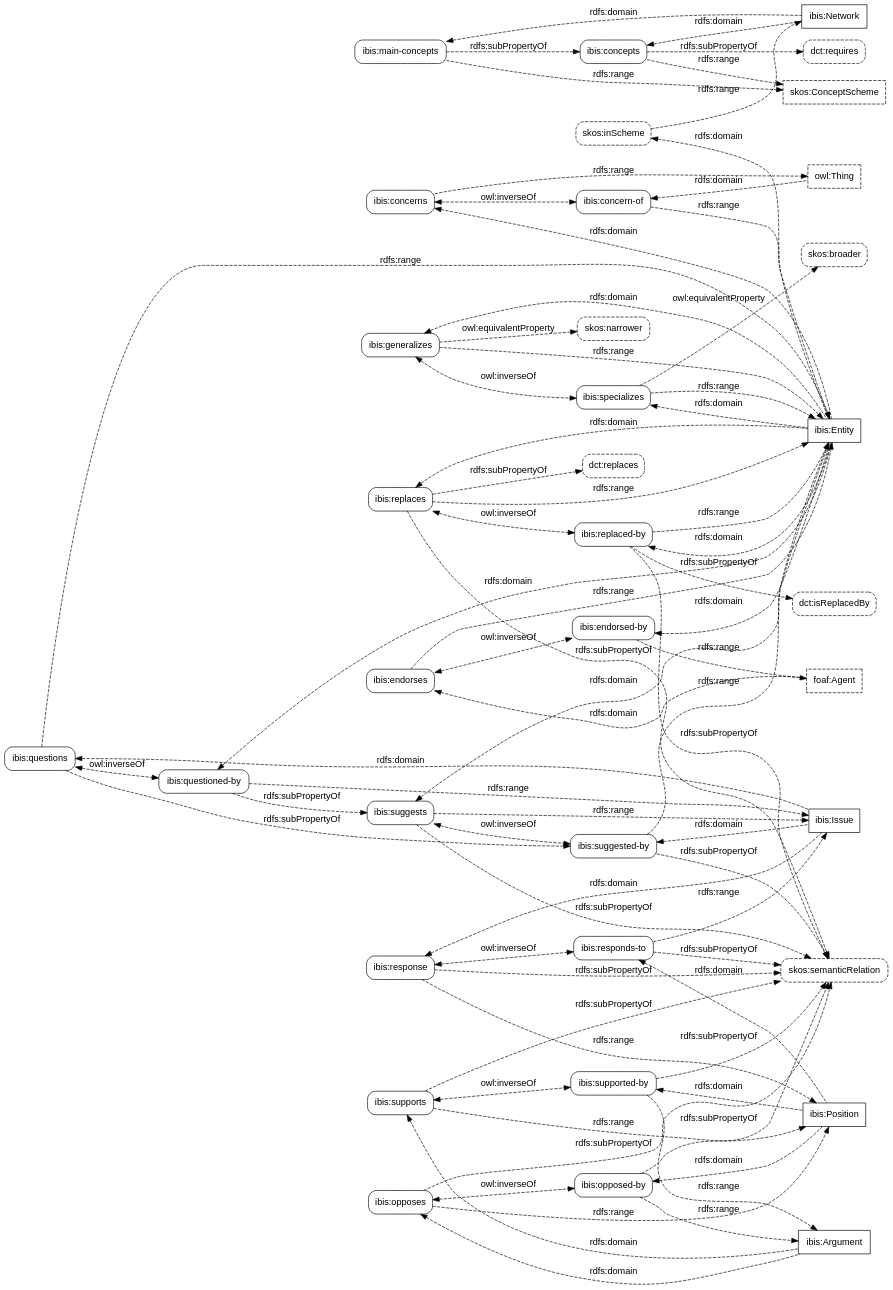
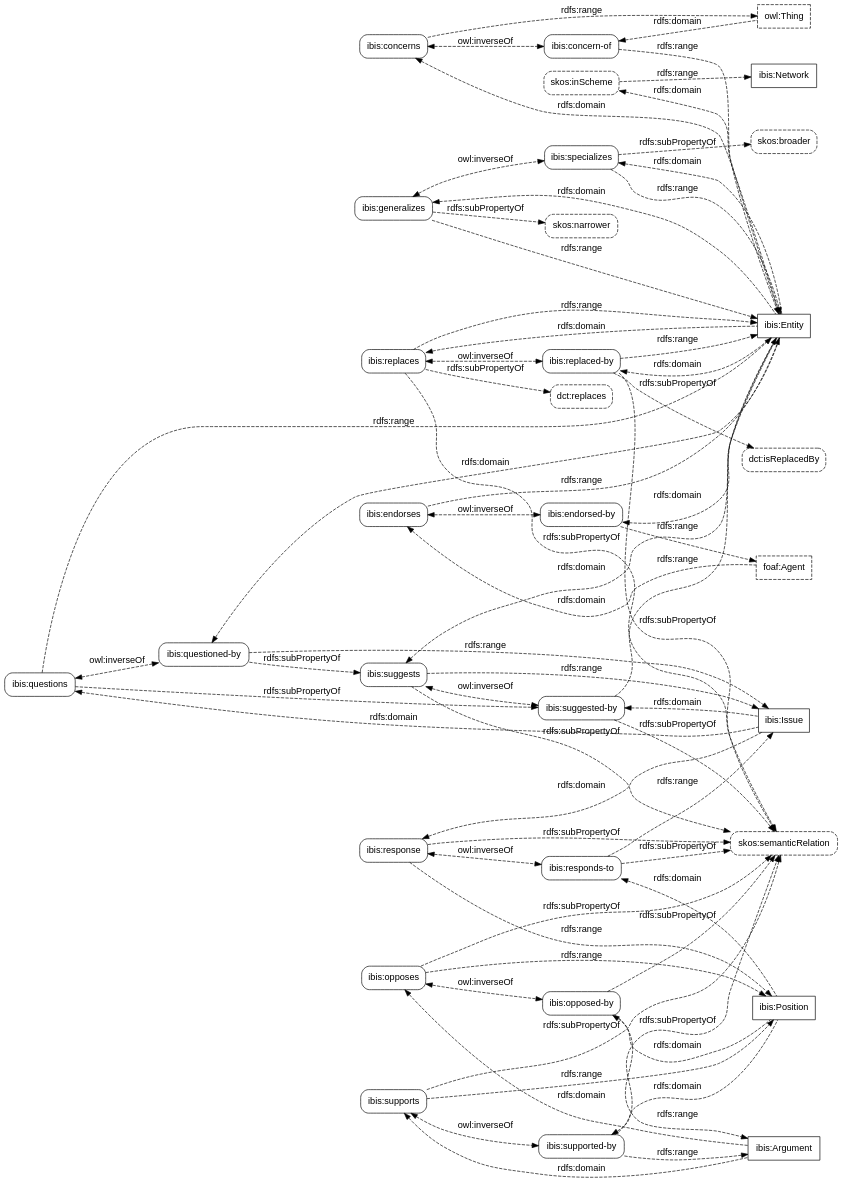
The diagram in ibis-properties.dot (doriantaylor/owl-ibis), drawn with Graphviz before and after one commit. The commit also changed 3 other files, not shown here.

```diff
--- a/ibis-properties.dot
+++ b/ibis-properties.dot
@@ -1,153 +1,156 @@
 digraph {
     graph [bgcolor=transparent,rankdir=LR];
     node [shape=box,style=rounded,color="#000000",fontcolor="#000000",fontname="Lucida Grande, Lucida Sans Unicode, sans-serif",target="_parent"];
     edge [concentrate=true,color="#000000",fontcolor="#000000",fontname="Lucida Grande, Lucida Sans Unicode, sans-serif"];
 
     // third-party classes
 
     subgraph {
         node [shape=box, style=dashed];
         owl_Thing [label="owl:Thing", href="https://www.w3.org/TR/owl2-syntax/#a_Thing"];
         foaf_Agent [label="foaf:Agent", href="https://xmlns.com/foaf/spec/#term_Agent"];
         // skos_Concept [label="skos:Concept", href=""];
-        skos_ConceptScheme [label="skos:ConceptScheme", href="https://www.w3.org/2009/08/skos-reference/skos.html#ConceptScheme"];
+        // skos_ConceptScheme [label="skos:ConceptScheme", href="https://www.w3.org/2009/08/skos-reference/skos.html#ConceptScheme"];
     }
 
     // our classes
 
     subgraph {
         node [shape=box, style=""];
         ibis_Network  [label="ibis:Network",  href="https://vocab.methodandstructure.com/ibis#Network"];
         ibis_Entity   [label="ibis:Entity",   href="https://vocab.methodandstructure.com/ibis#Entity"];
         ibis_Issue    [label="ibis:Issue",    href="https://vocab.methodandstructure.com/ibis#Issue"];
         ibis_Position [label="ibis:Position", href="https://vocab.methodandstructure.com/ibis#Position"];
         ibis_Argument [label="ibis:Argument", href="https://vocab.methodandstructure.com/ibis#Argument"];
     }
 
     // our datatypes
     subgraph {
         node [shape=note];
     }
 
     // third-party properties
 
     subgraph {
         node [style="dashed,rounded"];
-        dct_requires     [label="dct:requires", href="https://www.dublincore.org/specifications/dublin-core/dcmi-terms/#http://purl.org/dc/terms/requires"];
+        // dct_requires     [label="dct:requires", href="https://www.dublincore.org/specifications/dublin-core/dcmi-terms/#http://purl.org/dc/terms/requires"];
         dct_replaces     [label="dct:replaces", href="https://www.dublincore.org/specifications/dublin-core/dcmi-terms/#http://purl.org/dc/terms/replaces"];
         dct_isReplacedBy [label="dct:isReplacedBy", href="https://www.dublincore.org/specifications/dublin-core/dcmi-terms/#http://purl.org/dc/terms/isReplacedBy"];
         skos_broader     [label="skos:broader", href="https://www.w3.org/2009/08/skos-reference/skos.html#broader"];
         skos_narrower    [label="skos:narrower", href="https://www.w3.org/2009/08/skos-reference/skos.html#narrower"];
         skos_semanticRelation [label="skos:semanticRelation", href="https://www.w3.org/2009/08/skos-reference/skos.html#semanticRelation"];
         skos_inScheme [label="skos:inScheme", href="https://www.w3.org/2009/08/skos-reference/skos.html#inScheme"];
     }
 
     // our properties
 
     ibis_generalizes [label="ibis:generalizes", href="https://vocab.methodandstructure.com/ibis#generalizes"];
     ibis_specializes [label="ibis:specializes", href="https://vocab.methodandstructure.com/ibis#specializes"];
     ibis_replaces [label="ibis:replaces", href="https://vocab.methodandstructure.com/ibis#replaces"];
     ibis_replaced_by [label="ibis:replaced-by", href="https://vocab.methodandstructure.com/ibis#replaced-by"];
     ibis_suggests [label="ibis:suggests", href="https://vocab.methodandstructure.com/ibis#suggests"];
     ibis_suggested_by [label="ibis:suggested-by", href="https://vocab.methodandstructure.com/ibis#suggested-by"];
     ibis_questions [label="ibis:questions", href="https://vocab.methodandstructure.com/ibis#questions"];
     ibis_questioned_by [label="ibis:questioned-by", href="https://vocab.methodandstructure.com/ibis#questioned-by"];
     ibis_response [label="ibis:response", href="https://vocab.methodandstructure.com/ibis#response"];
     ibis_responds_to [label="ibis:responds-to", href="https://vocab.methodandstructure.com/ibis#responds-to"];
     ibis_supports [label="ibis:supports", href="https://vocab.methodandstructure.com/ibis#supports"];
     ibis_supported_by [label="ibis:supported-by", href="https://vocab.methodandstructure.com/ibis#supported-by"];
     ibis_opposes [label="ibis:opposes", href="https://vocab.methodandstructure.com/ibis#opposes"];
     ibis_opposed_by [label="ibis:opposed-by", href="https://vocab.methodandstructure.com/ibis#opposed-by"];
     ibis_endorses [label="ibis:endorses", href="https://vocab.methodandstructure.com/ibis#endorses"];
     ibis_endorsed_by [label="ibis:endorsed-by", href="https://vocab.methodandstructure.com/ibis#endorsed-by"];
     ibis_concerns [label="ibis:concerns", href="https://vocab.methodandstructure.com/ibis#concerns"];
     ibis_concern_of [label="ibis:concern-of", href="https://vocab.methodandstructure.com/ibis#concern-of"];
-    ibis_concepts [label="ibis:concepts", href="https://vocab.methodandstructure.com/ibis#concepts"];
-    ibis_main_concepts [label="ibis:main-concepts", href="https://vocab.methodandstructure.com/ibis#main-concepts"];
+    // ibis_concepts [label="ibis:concepts", href="https://vocab.methodandstructure.com/ibis#concepts"];
+    // ibis_main_concepts [label="ibis:main-concepts", href="https://vocab.methodandstructure.com/ibis#main-concepts"];
 
     subgraph {
         edge [style=dashed, label="rdfs:subPropertyOf"];
-        ibis_main_concepts -> ibis_concepts -> dct_requires;
+        // ibis_main_concepts -> ibis_concepts -> dct_requires;
+        ibis_generalizes   -> skos_narrower;
+        ibis_specializes   -> skos_broader;
         ibis_replaces      -> dct_replaces;
         ibis_replaced_by   -> dct_isReplacedBy;
         ibis_questions     -> ibis_suggested_by -> skos_semanticRelation;
         ibis_questioned_by -> ibis_suggests     -> skos_semanticRelation;
         ibis_replaces      -> skos_semanticRelation;
         ibis_replaced_by   -> skos_semanticRelation;
         ibis_response      -> skos_semanticRelation;
         ibis_responds_to   -> skos_semanticRelation;
         ibis_supports      -> skos_semanticRelation;
         ibis_supported_by  -> skos_semanticRelation;
         ibis_opposes       -> skos_semanticRelation;
         ibis_opposed_by    -> skos_semanticRelation;
     }
 
+    /*
     subgraph {
         edge [style=dashed, label="owl:equivalentProperty"];
         ibis_generalizes -> skos_narrower;
         ibis_specializes -> skos_broader;
-    }
+    }*/
 
     subgraph {
         edge [style=dashed, dir=both, label="owl:inverseOf"];
         ibis_generalizes -> ibis_specializes;
         ibis_replaces    -> ibis_replaced_by;
         ibis_suggests    -> ibis_suggested_by;
         ibis_questions   -> ibis_questioned_by;
         ibis_response    -> ibis_responds_to;
         ibis_supports    -> ibis_supported_by;
         ibis_opposes     -> ibis_opposed_by;
         ibis_concerns    -> ibis_concern_of;
         ibis_endorses    -> ibis_endorsed_by;
     }
 
     subgraph {
         edge [style=dashed, dir=back, label="rdfs:domain"];
         ibis_replaces      -> ibis_Entity;
         ibis_replaced_by   -> ibis_Entity;
         ibis_endorses      -> foaf_Agent;
         ibis_endorsed_by   -> ibis_Entity;
-        ibis_concepts      -> ibis_Network;
-        ibis_main_concepts -> ibis_Network;
+        // ibis_concepts      -> ibis_Network;
+        // ibis_main_concepts -> ibis_Network;
         ibis_concerns      -> ibis_Entity;
         ibis_concern_of    -> owl_Thing;
         ibis_generalizes   -> ibis_Entity;
         ibis_specializes   -> ibis_Entity;
         ibis_suggests      -> ibis_Entity;
         ibis_suggested_by  -> ibis_Issue;
         ibis_questions     -> ibis_Issue;
         ibis_questioned_by -> ibis_Entity;
         ibis_response      -> ibis_Issue;
         ibis_responds_to   -> ibis_Position;
         ibis_supports      -> ibis_Argument;
         ibis_supported_by  -> ibis_Position;
         ibis_opposes       -> ibis_Argument;
         ibis_opposed_by    -> ibis_Position;
         skos_inScheme      -> ibis_Entity;
     }
 
     subgraph {
         edge [style=dashed, label="rdfs:range"];
         ibis_replaces      -> ibis_Entity;
         ibis_replaced_by   -> ibis_Entity;
         ibis_endorses      -> ibis_Entity;
         ibis_endorsed_by   -> foaf_Agent;
-        ibis_concepts      -> skos_ConceptScheme;
-        ibis_main_concepts -> skos_ConceptScheme;
+        // ibis_concepts      -> skos_ConceptScheme;
+        // ibis_main_concepts -> skos_ConceptScheme;
         ibis_concerns      -> owl_Thing;
         ibis_concern_of    -> ibis_Entity;
         ibis_generalizes   -> ibis_Entity;
         ibis_specializes   -> ibis_Entity;
         ibis_suggests      -> ibis_Issue;
         ibis_suggested_by  -> ibis_Entity;
         ibis_questions     -> ibis_Entity;
         ibis_questioned_by -> ibis_Issue;
         ibis_response      -> ibis_Position;
         ibis_responds_to   -> ibis_Issue;
         ibis_supports      -> ibis_Position;
         ibis_supported_by  -> ibis_Argument;
         ibis_opposes       -> ibis_Position;
         ibis_opposed_by    -> ibis_Argument;
         skos_inScheme      -> ibis_Network;
     }
 }
```
